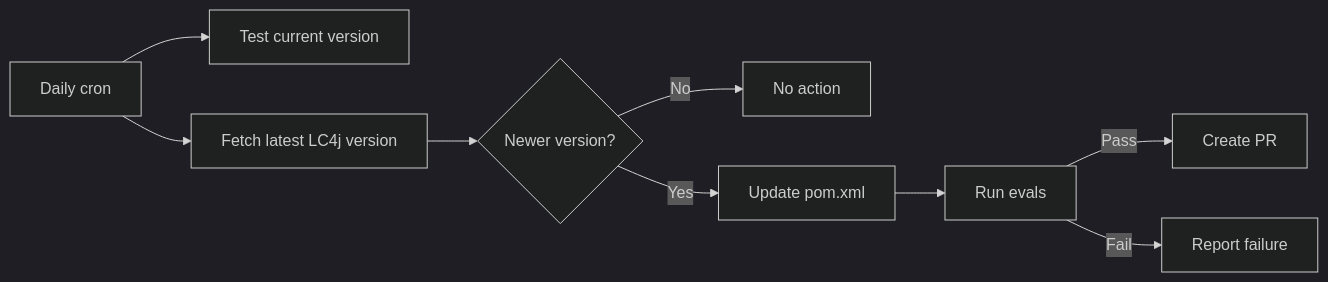
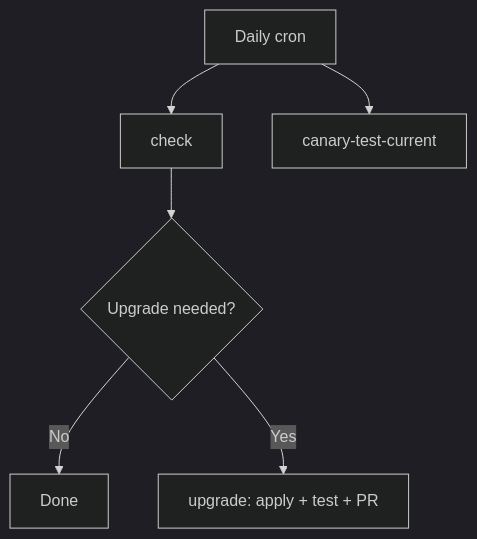
Before and after one commit to dcpanda/sandbox-ai-canary: the diagram in README.md, drawn with Mermaid (dark theme). The commit also changed other lines of this file and 1 other file, not shown here.

Commit message:
Refactor autonomous-upgrade workflow. Checks for LangChain4j and Spring Boot, and improve PR creation logic.

````diff
--- a/README.md
+++ b/README.md
@@ -154,11 +152,8 @@
 ```mermaid
-graph LR
-    A[Daily cron] --> B[Test current version]
-    A --> C[Fetch latest LC4j version]
-    C --> D{Newer version?}
-    D -->|No| E[No action]
-    D -->|Yes| F[Update pom.xml]
-    F --> G[Run evals]
-    G -->|Pass| H[Create PR]
-    G -->|Fail| I[Report failure]
+graph TB
+    A[Daily cron] --> B[check]
+    A --> C[canary-test-current]
+    B --> D{Upgrade needed?}
+    D -->|No| E[Done]
+    D -->|Yes| F[upgrade: apply + test + PR]
 ```
````
